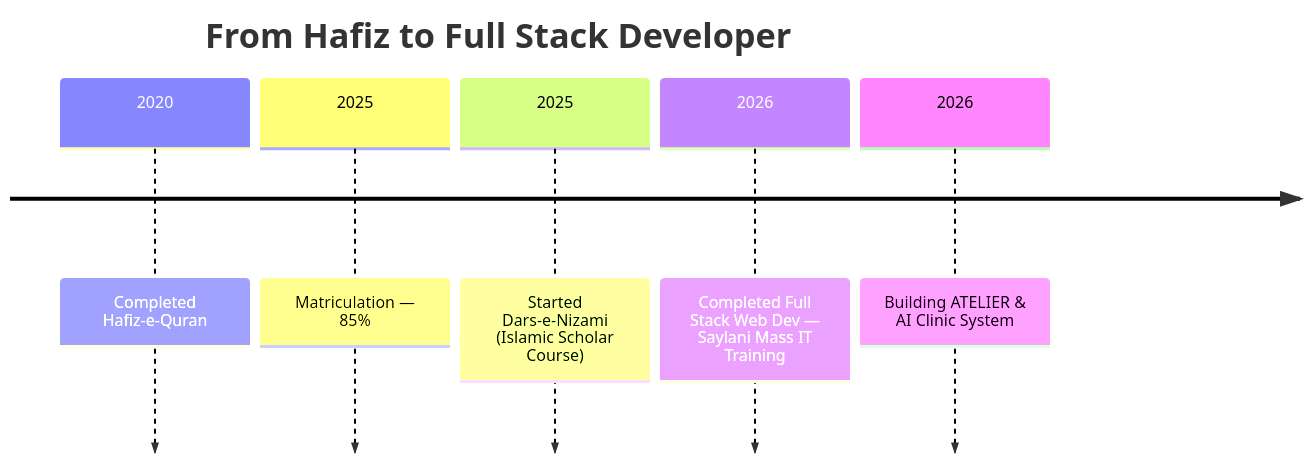
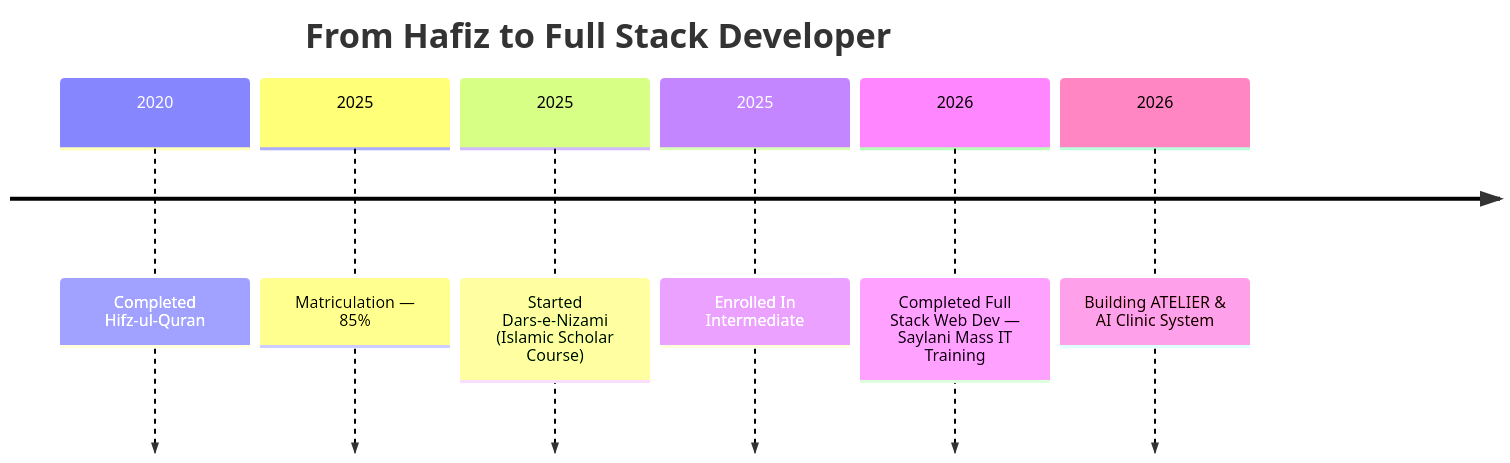
Before and after one commit to huzaifaabbasi630/huzaifaabbasi630: the diagram in README.md, drawn with Mermaid. The commit also changed other lines of this file, not shown here.

Commit message:
Revise language badges and timeline details
Updated badge for Arabic language proficiency and modified timeline entries.

````diff
--- a/README.md
+++ b/README.md
@@ -40,9 +39,10 @@
 ```mermaid
 timeline
     title From Hafiz to Full Stack Developer
-    2020 : Completed Hafiz-e-Quran
+    2020 : Completed Hifz-ul-Quran
     2025 : Matriculation — 85%
     2025 : Started Dars-e-Nizami (Islamic Scholar Course)
+    2025 : Enrolled In Intermediate 
     2026 : Completed Full Stack Web Dev — Saylani Mass IT Training
     2026 : Building ATELIER & AI Clinic System
 ```
````
